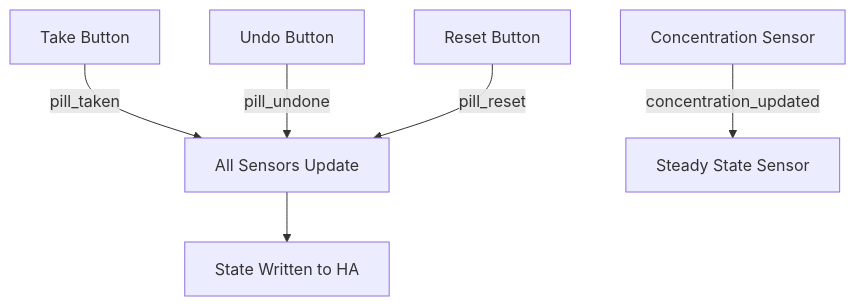
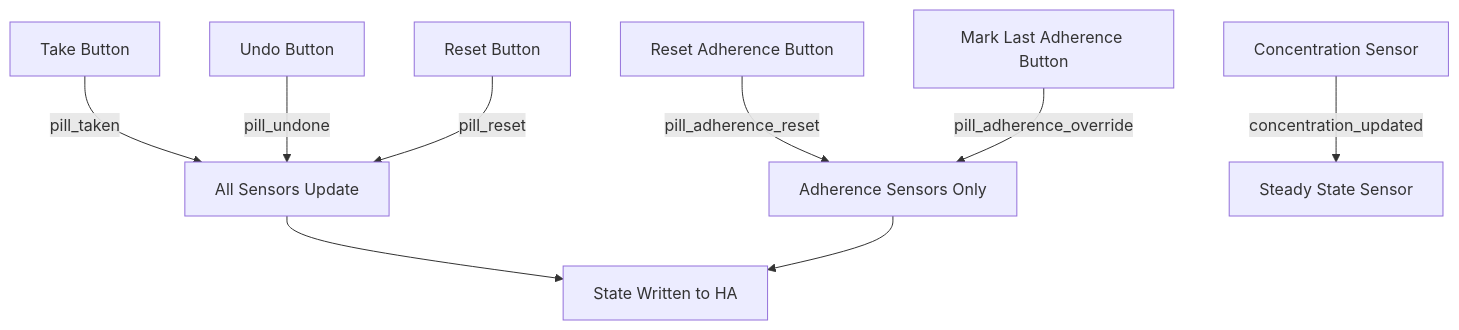
Before and after one commit to Axildor/AX-Dose-Logger: the diagram in README.md, drawn with Mermaid. The commit also changed other lines of this file and 35 other files, not shown here.

````diff
--- a/README.md
+++ b/README.md
@@ -589,8 +595,11 @@
 ```mermaid
 flowchart TD
     A[Take Button] -->|pill_taken| B[All Sensors Update]
     C[Undo Button] -->|pill_undone| B
     D[Reset Button] -->|pill_reset| B
+    H[Reset Adherence Button] -->|pill_adherence_reset| I[Adherence Sensors Only]
+    J[Mark Last Adherence Button] -->|pill_adherence_override| I
     E[Concentration Sensor] -->|concentration_updated| F[Steady State Sensor]
     B --> G[State Written to HA]
+    I --> G
 ```
````
